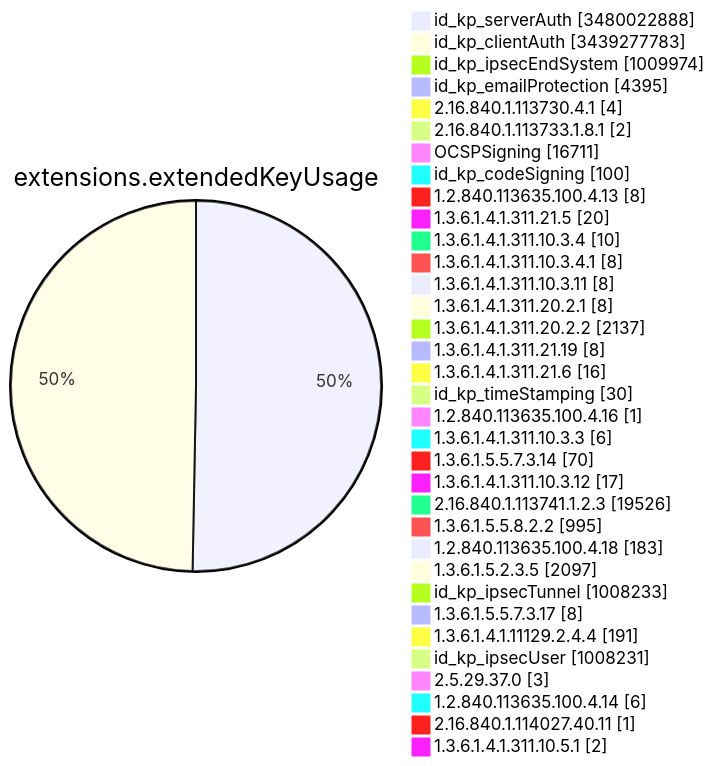
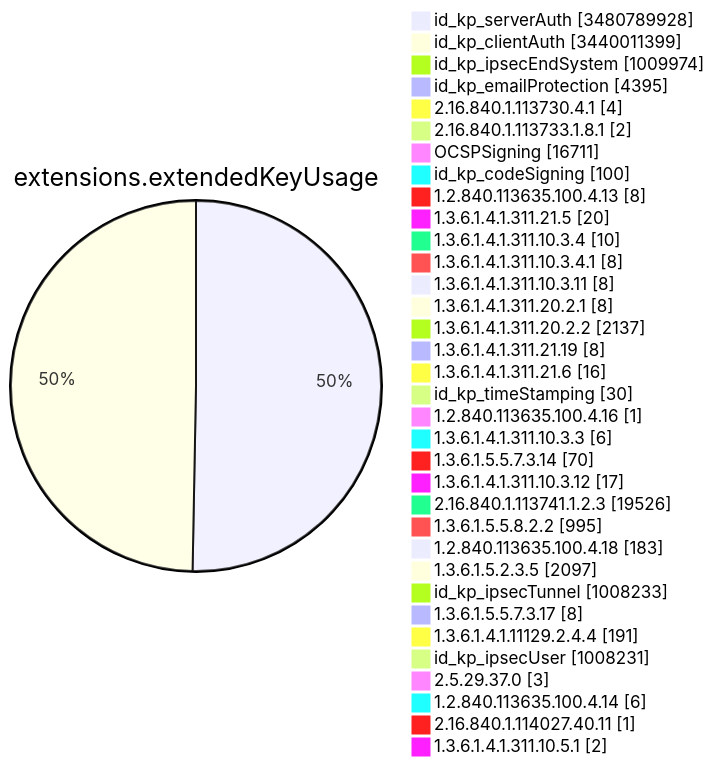
Before and after one commit to christiankrug/ctmonitor_visualization: diagram 11 of 15 in TOTAL/README.md, drawn with Mermaid. The commit also changed other lines of this file, not shown here.

````diff
--- a/TOTAL/README.md
+++ b/TOTAL/README.md
@@ -4123,38 +4123,38 @@
 ```mermaid
 pie showData
 title extensions.extendedKeyUsage
-"id_kp_serverAuth" :3480022888
-"id_kp_clientAuth" :3439277783
+"id_kp_serverAuth" :3480789928
+"id_kp_clientAuth" :3440011399
 "id_kp_ipsecEndSystem" :1009974
 "id_kp_emailProtection" :4395
 "2.16.840.1.113730.4.1" :4
 "2.16.840.1.113733.1.8.1" :2
 "OCSPSigning" :16711
 "id_kp_codeSigning" :100
 "1.2.840.113635.100.4.13" :8
 "1.3.6.1.4.1.311.21.5" :20
 "1.3.6.1.4.1.311.10.3.4" :10
 "1.3.6.1.4.1.311.10.3.4.1" :8
 "1.3.6.1.4.1.311.10.3.11" :8
 "1.3.6.1.4.1.311.20.2.1" :8
 "1.3.6.1.4.1.311.20.2.2" :2137
 "1.3.6.1.4.1.311.21.19" :8
 "1.3.6.1.4.1.311.21.6" :16
 "id_kp_timeStamping" :30
 "1.2.840.113635.100.4.16" :1
 "1.3.6.1.4.1.311.10.3.3" :6
 "1.3.6.1.5.5.7.3.14" :70
 "1.3.6.1.4.1.311.10.3.12" :17
 "2.16.840.1.113741.1.2.3" :19526
 "1.3.6.1.5.5.8.2.2" :995
 "1.2.840.113635.100.4.18" :183
 "1.3.6.1.5.2.3.5" :2097
 "id_kp_ipsecTunnel" :1008233
 "1.3.6.1.5.5.7.3.17" :8
 "1.3.6.1.4.1.11129.2.4.4" :191
 "id_kp_ipsecUser" :1008231
 "2.5.29.37.0" :3
 "1.2.840.113635.100.4.14" :6
 "2.16.840.1.114027.40.11" :1
 "1.3.6.1.4.1.311.10.5.1" :2
 ```
````
